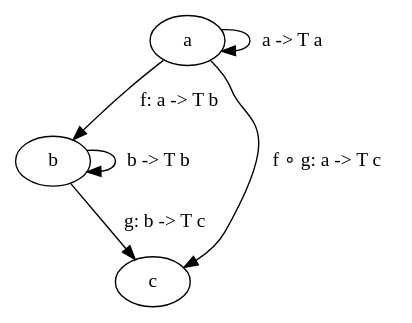
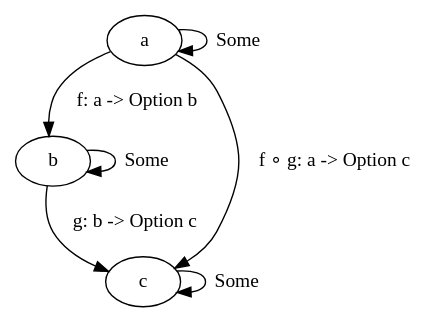
The eighth of 8 diagrams in README.md (lowdewijk/catsforprogs), drawn with Graphviz before and after one commit. The commit also changed other lines of this file and 1 other file, not shown here.

````diff
--- a/README.md
+++ b/README.md
@@ -330,9 +332,10 @@
  ```graphviz
 digraph G { 
-  a -> a  [label=" a -> T a"]
-  a -> b  [label=" f: a -> T b"]
-  b -> b  [label=" b -> T b"]
-  b -> c  [label=" g: b -> T c"]
-  a -> c  [label=" f ∘ g: a -> T c"]
+  a -> a  [label=" Some"]
+  a -> b  [label=" f: a -> Option b"]
+  b -> b  [label=" Some"]
+  b -> c  [label=" g: b -> Option c"]
+  a -> c  [label=" f ∘ g: a -> Option c"]
+  c -> c  [label=" Some"]
  }
 ```
````
